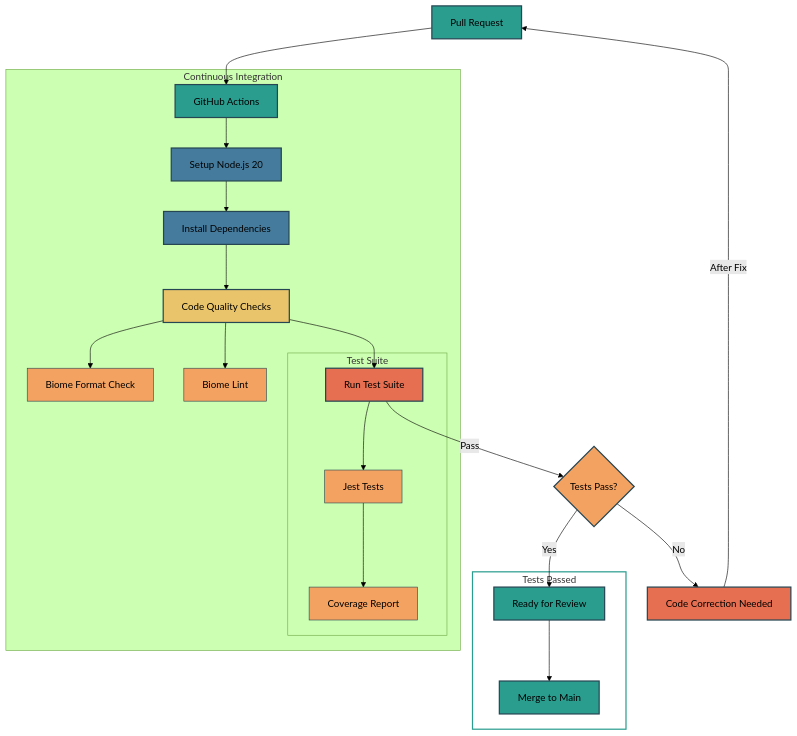
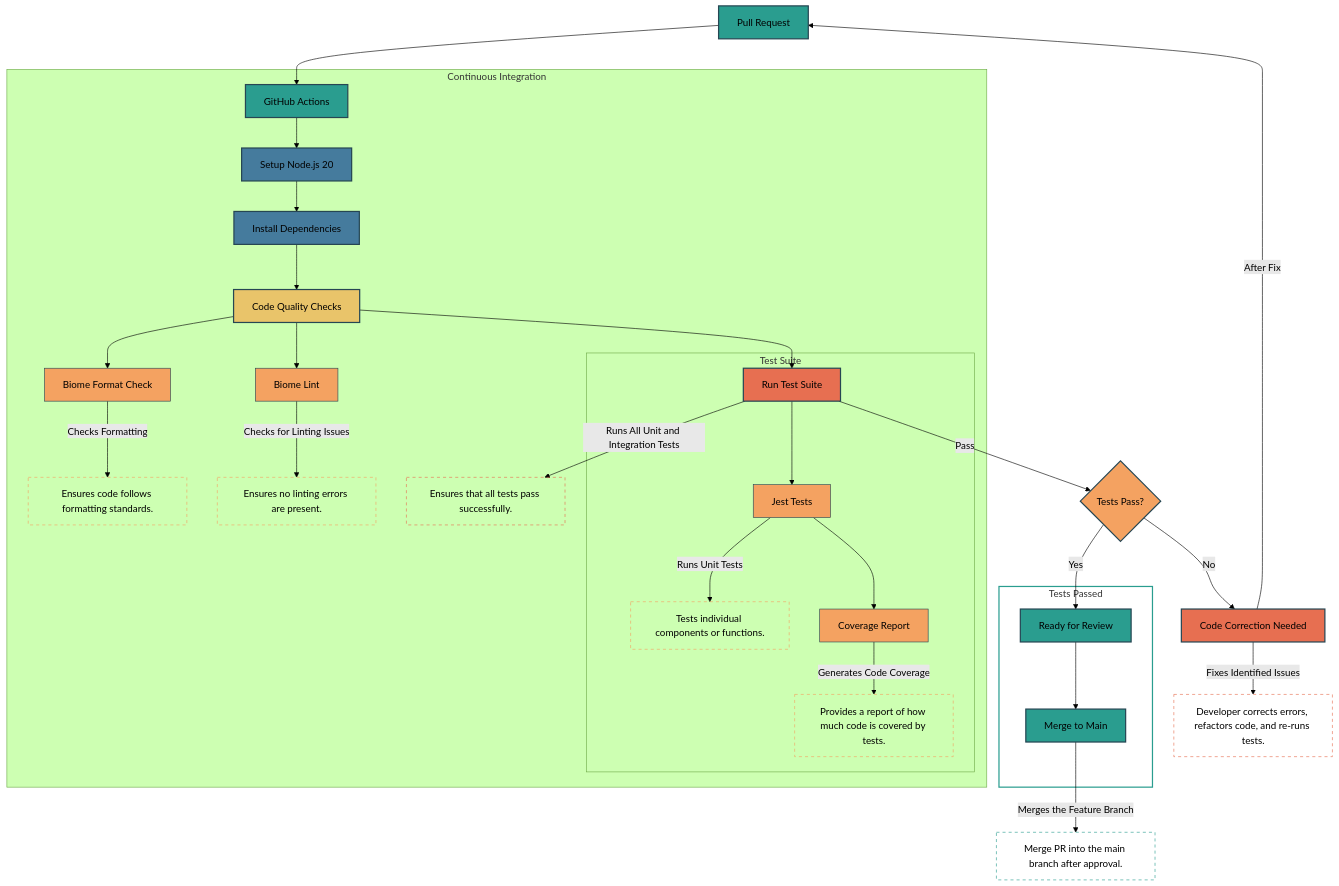
The diagram in docs/cicd_diagram.md (CSE-210-Team-11/cse210-fa24-group-11), drawn with Mermaid (forest theme) before and after one commit. The commit also changed 3 other files, not shown here.

Commit message:
add more details to diagram

````diff
--- a/docs/cicd_diagram.md
+++ b/docs/cicd_diagram.md
@@ -1,57 +1,78 @@
 ```mermaid
 flowchart TD
     %% Pull Request Starts the Process
-    PR[Pull Request] --> GHA[GitHub Actions]
-
+    PR[Pull Request]
+    PR --> GHA[GitHub Actions]
+    
     %% Continuous Integration Subgraph
     subgraph "Continuous Integration"
         GHA --> Setup[Setup Node.js 20]
         Setup --> Install[Install Dependencies]
         Install --> Quality[Code Quality Checks]
+        
+        %% Code Quality Checks
         Quality --> Format[Biome Format Check]
+        Format -->|Checks Formatting| FormatDesc["Ensures code follows formatting standards."]
         Quality --> Lint[Biome Lint]
+        Lint -->|Checks for Linting Issues| LintDesc["Ensures no linting errors are present."]
+        
+        %% Running Tests
         Quality --> Tests[Run Test Suite]
-
+        Tests -->|Runs All Unit and Integration Tests| TestDesc["Ensures that all tests pass successfully."]
+        
         %% Test Suite Subgraph
         subgraph "Test Suite"
             Tests --> Jest[Jest Tests]
+            Jest -->|Runs Unit Tests| JestDesc["Tests individual components or functions."]
             Jest --> Coverage[Coverage Report]
+            Coverage -->|Generates Code Coverage| CoverageDesc["Provides a report of how much code is covered by tests."]
         end
     end
 
     %% Decision after Tests
     Tests -->|Pass| Decision{Tests Pass?}
     Decision -->|Yes| Review[Ready for Review]
     Decision -->|No| Fix[Code Correction Needed]
-
+    
+    %% Code Correction Needed Details
     Fix -->|After Fix| PR
-
+    Fix -->|Fixes Identified Issues| FixDesc["Developer corrects errors, refactors code, and re-runs tests."]
+    
+    %% Review and Merge to Main
     Review --> Merge[Merge to Main]
-
+    Merge -->|Merges the Feature Branch| MergeDesc["Merge PR into the main branch after approval."]
+    
     %% Outline Box for "Tests Passed"
     subgraph PassedTests["Tests Passed"]
         style PassedTests fill:none,stroke:#2a9d8f,stroke-width:2px
         Review
         Merge
     end
 
     %% Styling for Visual Clarity
     style PR fill:#2a9d8f,stroke:#264653,stroke-width:2px
     style GHA fill:#2a9d8f,stroke:#264653,stroke-width:2px
     style Setup fill:#457b9d,stroke:#264653,stroke-width:2px
     style Install fill:#457b9d,stroke:#264653,stroke-width:2px
     style Quality fill:#e9c46a,stroke:#264653,stroke-width:2px
     style Format fill:#f4a261,stroke:#264653,stroke-width:1px
     style Lint fill:#f4a261,stroke:#264653,stroke-width:1px
     style Tests fill:#e76f51,stroke:#264653,stroke-width:2px
     style Jest fill:#f4a261,stroke:#264653,stroke-width:1px
     style Coverage fill:#f4a261,stroke:#264653,stroke-width:1px
     style Decision fill:#f4a261,stroke:#264653,stroke-width:2px,shape:diamond
     style Fix fill:#e76f51,stroke:#264653,stroke-width:2px
     style Review fill:#2a9d8f,stroke:#264653,stroke-width:2px
     style Merge fill:#2a9d8f,stroke:#264653,stroke-width:2px
+    style FormatDesc fill:none,stroke:#f4a261,stroke-width:1px,stroke-dasharray: 5,5
+    style LintDesc fill:none,stroke:#f4a261,stroke-width:1px,stroke-dasharray: 5,5
+    style TestDesc fill:none,stroke:#e76f51,stroke-width:1px,stroke-dasharray: 5,5
+    style JestDesc fill:none,stroke:#f4a261,stroke-width:1px,stroke-dasharray: 5,5
+    style CoverageDesc fill:none,stroke:#f4a261,stroke-width:1px,stroke-dasharray: 5,5
+    style FixDesc fill:none,stroke:#e76f51,stroke-width:1px,stroke-dasharray: 5,5
+    style MergeDesc fill:none,stroke:#2a9d8f,stroke-width:1px,stroke-dasharray: 5,5
 
 
 
 
 ```
````
